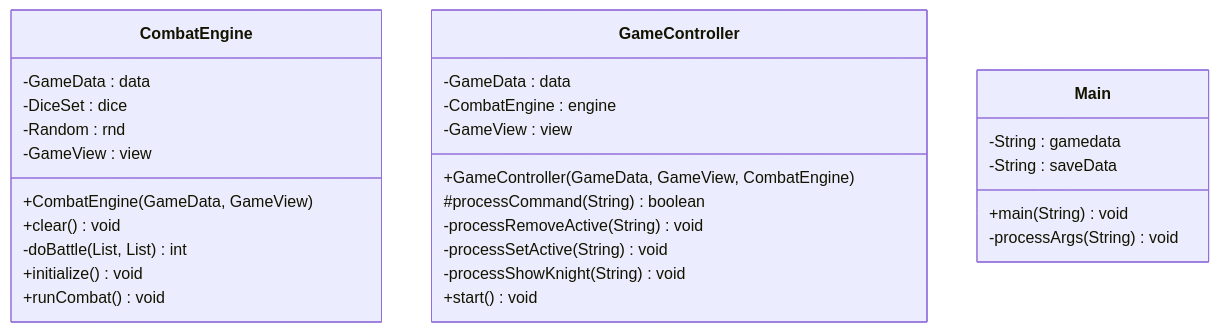
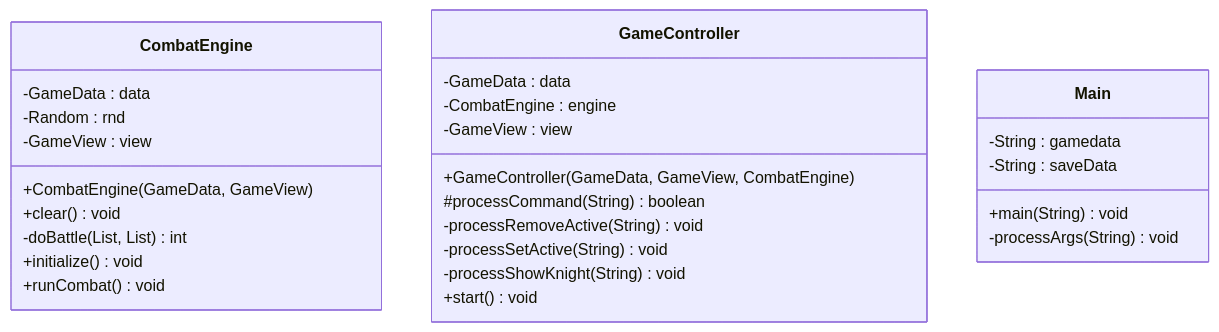
The third of 3 diagrams in uml.md (CSU-CompSci-CS163-4/PracticalOptionKnightFight), drawn with Mermaid before and after one commit. The commit also changed other lines of this file, not shown here.

First line of the commit message:
Update uml.md

````diff
--- a/uml.md
+++ b/uml.md
@@ -151,31 +148,30 @@
 ```mermaid
 classDiagram
 class CombatEngine {
     -GameData : data
-    -DiceSet : dice
     -Random : rnd
     -GameView : view
     +CombatEngine(GameData, GameView)
     +clear() void
     -doBattle(List<MOB>, List<MOB>) int
     +initialize() void
     +runCombat() void 
 }
 class GameController {
     -GameData : data
     -CombatEngine : engine
     -GameView : view
     +GameController(GameData, GameView, CombatEngine)
     #processCommand(String) boolean
     -processRemoveActive(String) void
     -processSetActive(String) void
     -processShowKnight(String) void
     +start() void
 }
 class Main {
     -String : gamedata
     -String : saveData
     +main(String) void
     -processArgs(String) void
 }
 ```
````
